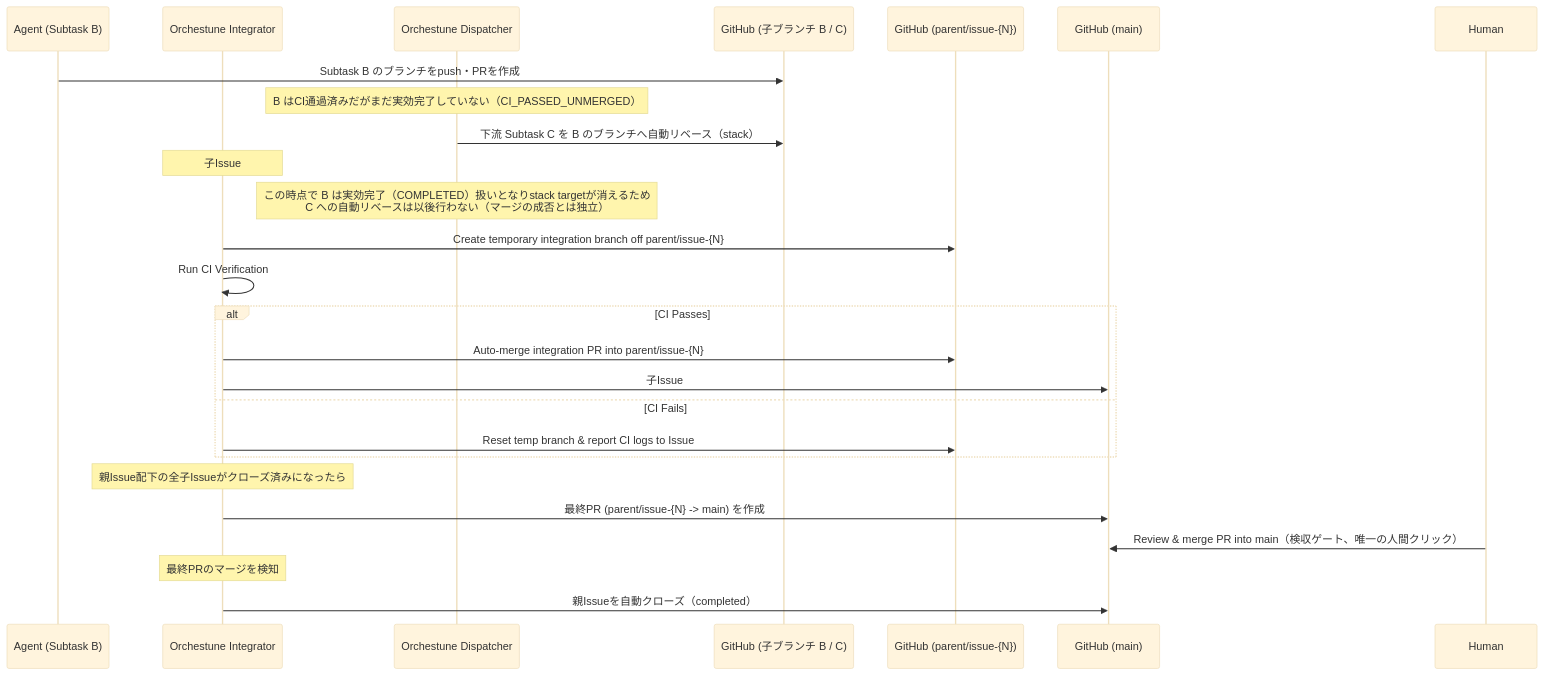
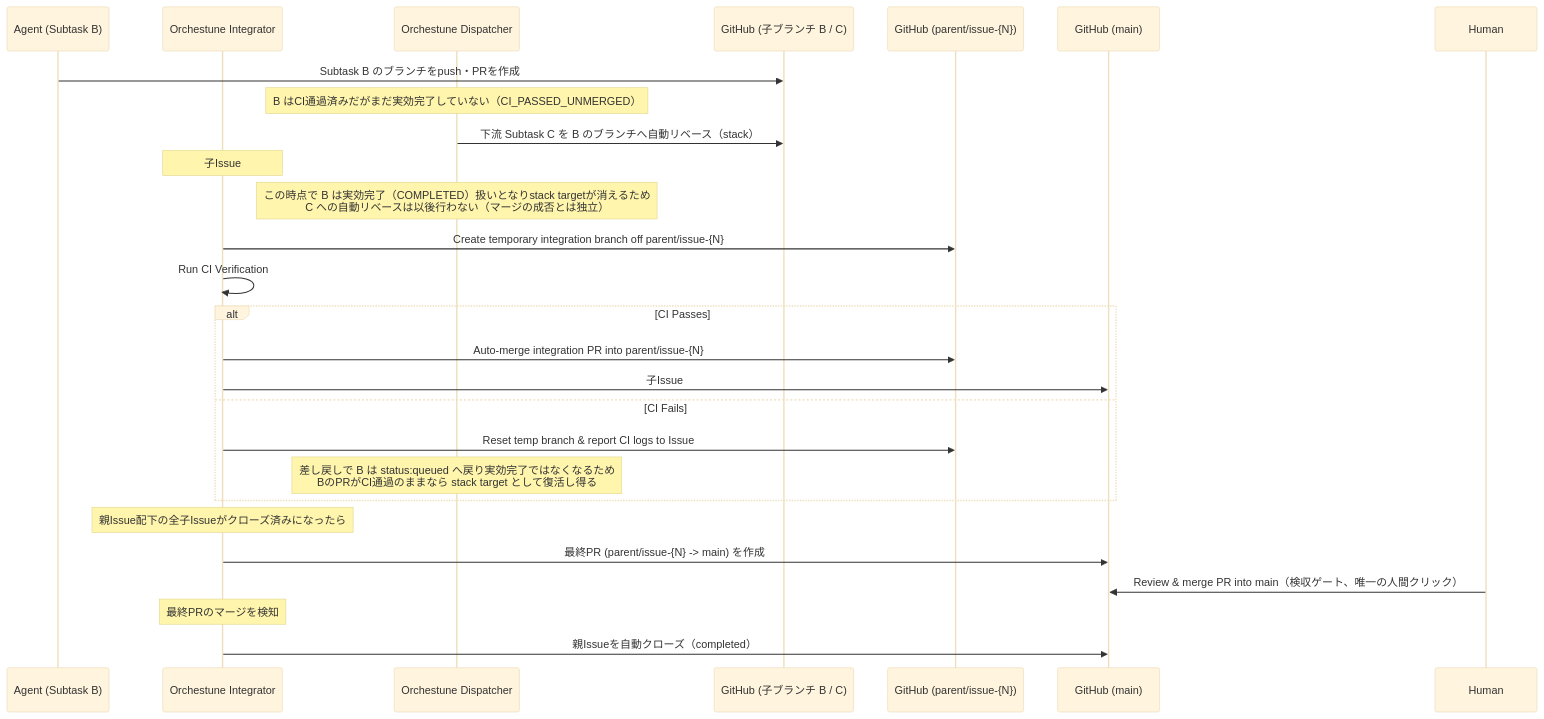
One commit to Saltmu/orchestune changed the diagram in docs/ja/architecture/integration.md. Above: the diagram before and after it, drawn with Mermaid (base theme). The commit also changed other lines of this file and 1 other file, not shown here.

First line of the commit message:
docs(architecture): distinguish delayed integration from failed-and-requeued (#910)

````diff
--- a/docs/ja/architecture/integration.md
+++ b/docs/ja/architecture/integration.md
@@ -13,29 +13,30 @@
 ```mermaid
 sequenceDiagram
     participant AG as Agent (Subtask B)
     participant IG as Orchestune Integrator
     participant DP as Orchestune Dispatcher
     participant CB as GitHub (子ブランチ B / C)
     participant PB as GitHub (parent/issue-{N})
     participant GH as GitHub (main)
     participant HU as Human
 
     AG->>CB: Subtask B のブランチをpush・PRを作成
     Note over DP: B はCI通過済みだがまだ実効完了していない（CI_PASSED_UNMERGED）
     DP->>CB: 下流 Subtask C を B のブランチへ自動リベース（stack）
     Note over IG: 子Issue #B が status:done に
     Note over DP: この時点で B は実効完了（COMPLETED）扱いとなりstack targetが消えるため<br/>C への自動リベースは以後行わない（マージの成否とは独立）
     IG->>PB: Create temporary integration branch off parent/issue-{N}
     IG->>IG: Run CI Verification
     alt CI Passes
         IG->>PB: Auto-merge integration PR into parent/issue-{N}
         IG->>GH: 子Issue #B を自動クローズ（completed）
     else CI Fails
         IG->>PB: Reset temp branch & report CI logs to Issue #B
+        Note over DP: 差し戻しで B は status:queued へ戻り実効完了ではなくなるため<br/>BのPRがCI通過のままなら stack target として復活し得る
     end
     Note over IG: 親Issue配下の全子Issueがクローズ済みになったら
     IG->>GH: 最終PR (parent/issue-{N} -> main) を作成
     HU->>GH: Review & merge PR into main（検収ゲート、唯一の人間クリック）
     Note over IG: 最終PRのマージを検知
     IG->>GH: 親Issueを自動クローズ（completed）
 ```
````
